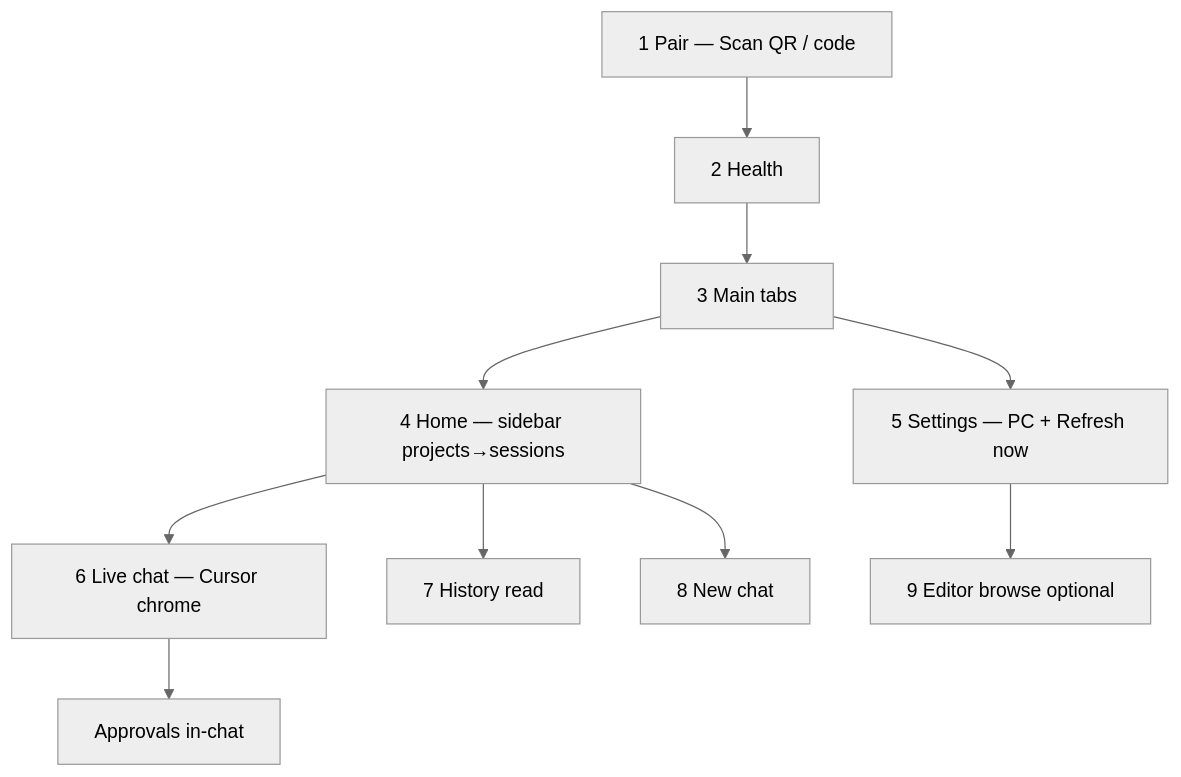
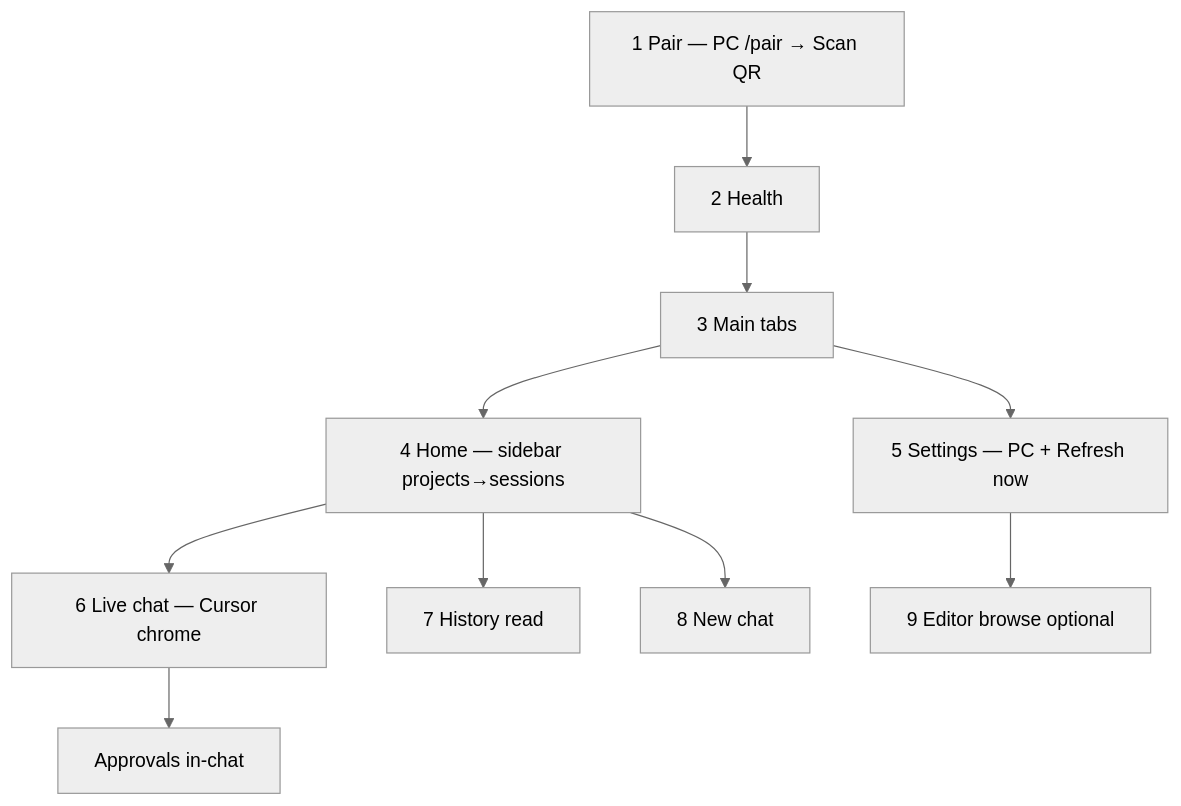
Diagram 23 of 23 in .planning/phases/05-mobile-ux-contract/05-UI-SPEC.md (KingEGame/cursor-mobile), drawn with Mermaid (neutral theme) before and after one commit. The commit also changed other lines of this file and 19 other files, not shown here.

````diff
--- a/.planning/phases/05-mobile-ux-contract/05-UI-SPEC.md
+++ b/.planning/phases/05-mobile-ux-contract/05-UI-SPEC.md
@@ -1196,12 +1287,12 @@
 ```mermaid
 flowchart TB
-  Pair["1 Pair — Scan QR / code"] --> Health["2 Health"]
+  Pair["1 Pair — PC /pair → Scan QR"] --> Health["2 Health"]
   Health --> Main["3 Main tabs"]
   Main --> Home["4 Home — sidebar projects→sessions"]
   Main --> Settings["5 Settings — PC + Refresh now"]
   Home --> Live["6 Live chat — Cursor chrome"]
   Home --> Hist["7 History read"]
   Home --> New["8 New chat"]
   Settings --> Editor["9 Editor browse optional"]
   Live --> Appr["Approvals in-chat"]
 ```
````
